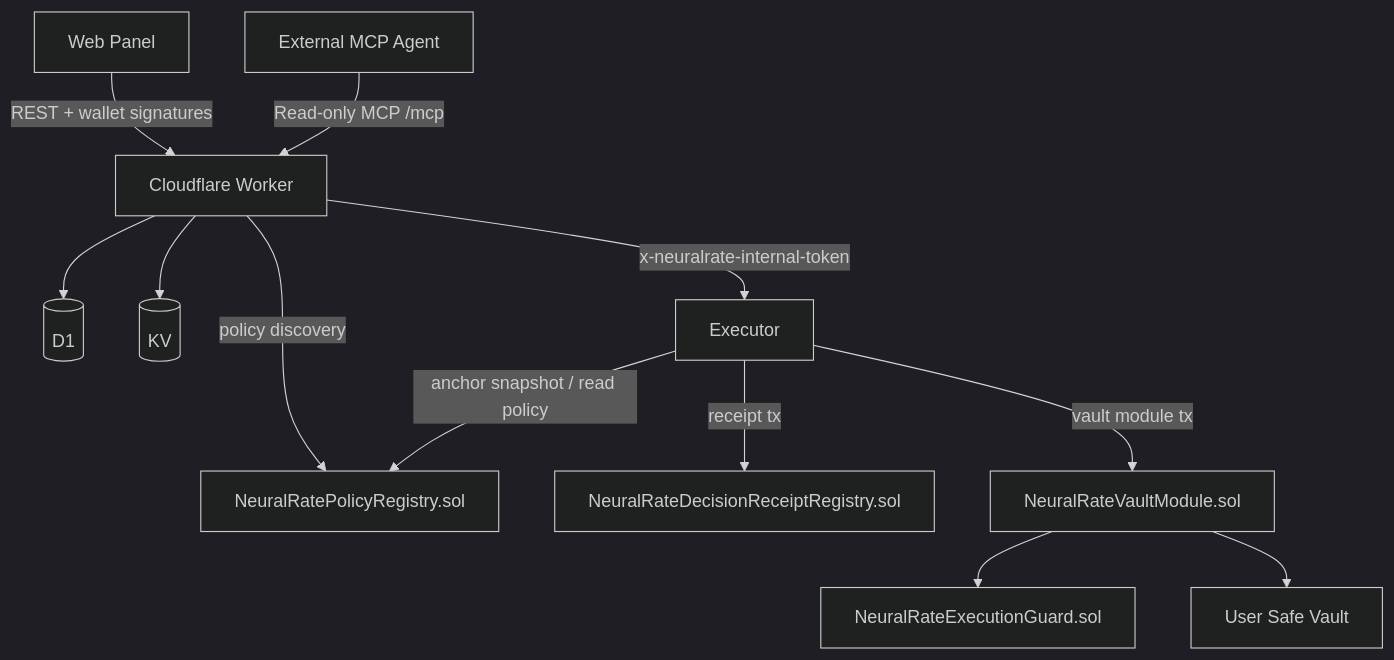
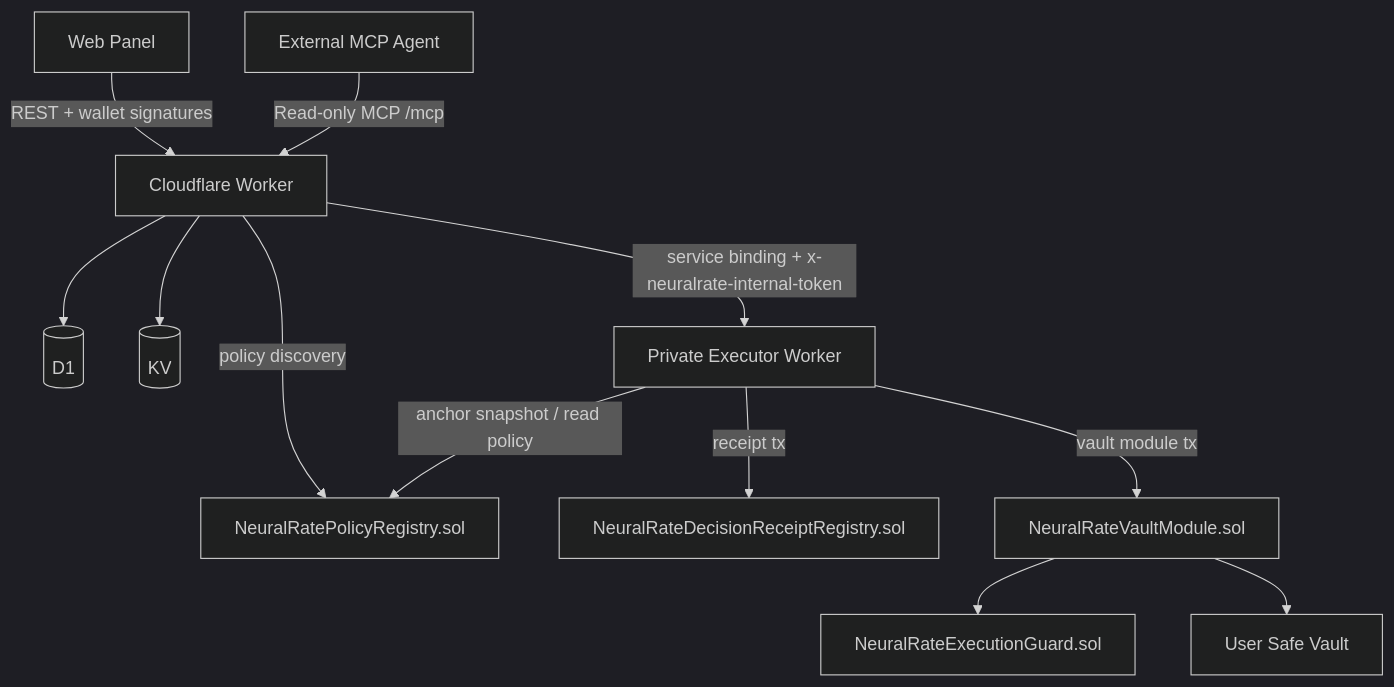
The diagram in docs/architecture.md (Lipe-lx/NeuralRate-MCP), drawn with Mermaid (dark theme) before and after one commit. The commit also changed other lines of this file and 7 other files, not shown here.

````diff
--- a/docs/architecture.md
+++ b/docs/architecture.md
@@ -20,14 +20,14 @@
 ```mermaid
 graph TD
     Web[Web Panel] -->|REST + wallet signatures| Worker[Cloudflare Worker]
     Agent[External MCP Agent] -->|Read-only MCP /mcp| Worker
     Worker --> D1[(D1)]
     Worker --> KV[(KV)]
-    Worker -->|x-neuralrate-internal-token| Executor[Executor]
+    Worker -->|service binding + x-neuralrate-internal-token| Executor[Private Executor Worker]
     Worker -->|policy discovery| PolicyRegistry[NeuralRatePolicyRegistry.sol]
     Executor -->|anchor snapshot / read policy| PolicyRegistry
     Executor -->|receipt tx| ReceiptRegistry[NeuralRateDecisionReceiptRegistry.sol]
     Executor -->|vault module tx| Module[NeuralRateVaultModule.sol]
     Module --> Guard[NeuralRateExecutionGuard.sol]
     Module --> Safe[User Safe Vault]
 ```
````
